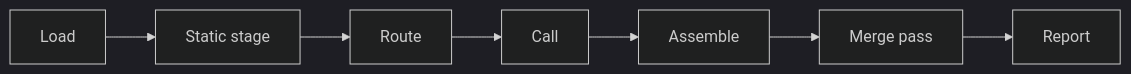
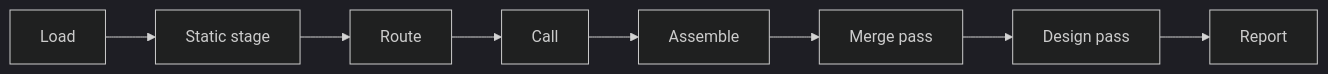
Before and after one commit to zgeoff/noslop: the diagram in docs/architecture/review/pipeline.md, drawn with Mermaid (dark theme). The commit also changed other lines of this file and 32 other files, not shown here.

````diff
--- a/docs/architecture/review/pipeline.md
+++ b/docs/architecture/review/pipeline.md
@@ -11,4 +11,4 @@
 ```mermaid
 flowchart LR
-  load[Load] --> static[Static stage] --> route[Route] --> call[Call] --> assemble[Assemble] --> mergepass[Merge pass] --> report[Report]
+  load[Load] --> static[Static stage] --> route[Route] --> call[Call] --> assemble[Assemble] --> mergepass[Merge pass] --> designpass[Design pass] --> report[Report]
 ```
````
